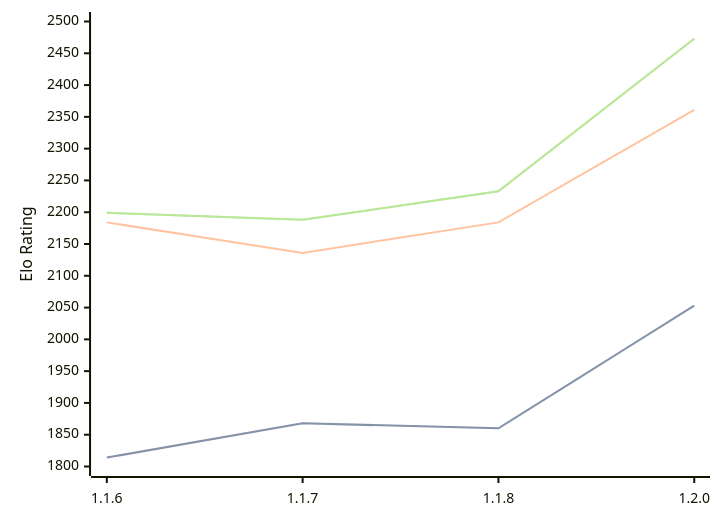
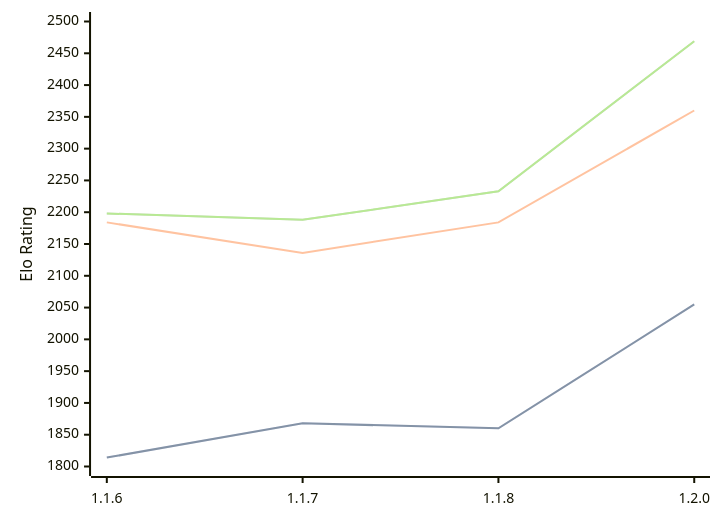
Before and after one commit to computer-chess-index/cci: the diagram in engines/Soomi.md, drawn with Mermaid. The commit also changed other lines of this file, not shown here.

Commit message:
Update CCI Ratings (ELO VLTC) - 2026-04-21

````diff
--- a/engines/Soomi.md
+++ b/engines/Soomi.md
@@ -34,11 +34,11 @@
 ```mermaid
 %%{init: {"theme":"base","themeVariables":{"seriesColors:['#a3a3a3','#222221','#faa371']}}}%%
 xychart-beta
   x-axis ["1.1.6", "1.1.7", "1.1.8", "1.2.0"]
   y-axis "Elo Rating" 1800 --> 2500
-  line "STC (8.0+0.08s)" [1814, 1868, 1860, 2053]
-  line "STC (8.0+0.08s)" [1814, 1868, 1860, 2053]
-  line "LTC (60.0+0.60s)" [2184, 2136, 2184, 2361]
-  line "VLTC (2m24s+1.12s)" [2199, 2188, 2233, 2473]
-  line "VLTC (2m24s+1.12s)" [2199, 2188, 2233, 2473]
+  line "STC (8.0+0.08s)" [1814, 1868, 1860, 2055]
+  line "STC (8.0+0.08s)" [1814, 1868, 1860, 2055]
+  line "LTC (60.0+0.60s)" [2184, 2136, 2184, 2360]
+  line "VLTC (2m24s+1.12s)" [2198, 2188, 2233, 2469]
+  line "VLTC (2m24s+1.12s)" [2198, 2188, 2233, 2469]
 ```
````
